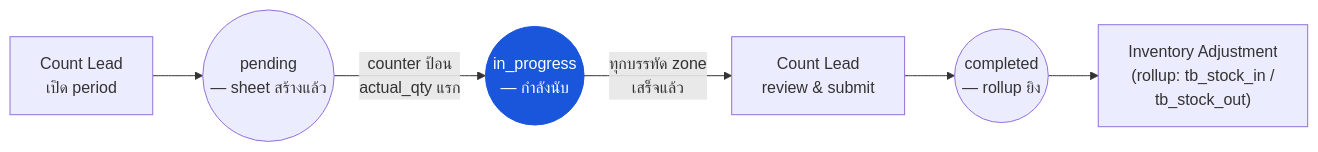
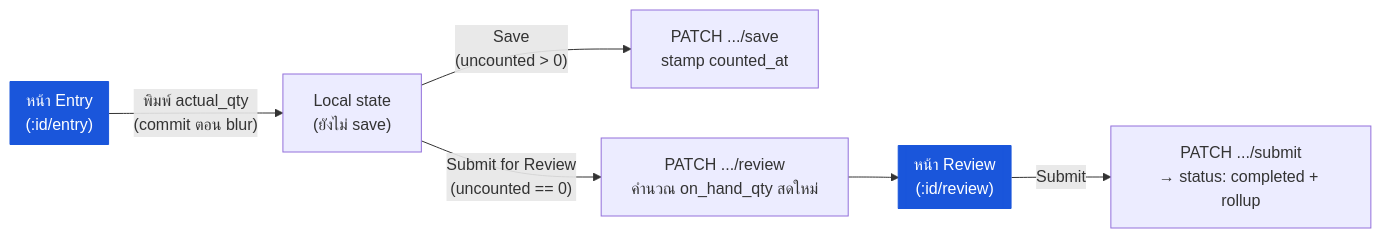
One commit to CarmenSoftware-organization/carmen-wiki changed the diagram in th/inventory/physical-count/03-user-flow-counter.md. Above: the diagram before and after it, drawn with Mermaid. The commit also changed other lines of this file and 22 other files, not shown here.

First line of the commit message:
docs(resync): physical-count snapshot — near-total rewrite; module documented a fabricated three-tier persona model, real flow is a single-permission list→entry→review→submit journey whose rollup never reaches the inventory ledger

````diff
--- a/th/inventory/physical-count/03-user-flow-counter.md
+++ b/th/inventory/physical-count/03-user-flow-counter.md
@@ -23,9 +23,10 @@
 ```mermaid
 graph LR
-    period_open["Count Lead\nเปิด period"] --> pending(("pending\n— sheet สร้างแล้ว"))
-    pending -->|"counter ป้อน\nactual_qty แรก"| in_progress(("in_progress\n— กำลังนับ")):::current
-    in_progress -->|"ทุกบรรทัด zone\nเสร็จแล้ว"| lead_submit["Count Lead\nreview & submit"]
-    lead_submit --> completed(("completed\n— rollup ยิง"))
-    completed --> adj["Inventory Adjustment\n(rollup: tb_stock_in /\ntb_stock_out)"]
+    entry[["หน้า Entry\n(:id/entry)"]]:::current
+    entry -->|"พิมพ์ actual_qty\n(commit ตอน blur)"| commit["Local state\n(ยังไม่ save)"]
+    commit -->|"Save\n(uncounted > 0)"| save["PATCH .../save\nstamp counted_at"]
+    commit -->|"Submit for Review\n(uncounted == 0)"| review["PATCH .../review\nคำนวณ on_hand_qty สดใหม่"]
+    review --> reviewScreen[["หน้า Review\n(:id/review)"]]:::current
+    reviewScreen -->|"Submit"| submit["PATCH .../submit\n→ status: completed + rollup"]
     classDef current fill:#1a56db,color:#fff,stroke:#1a56db;
 ```
````
